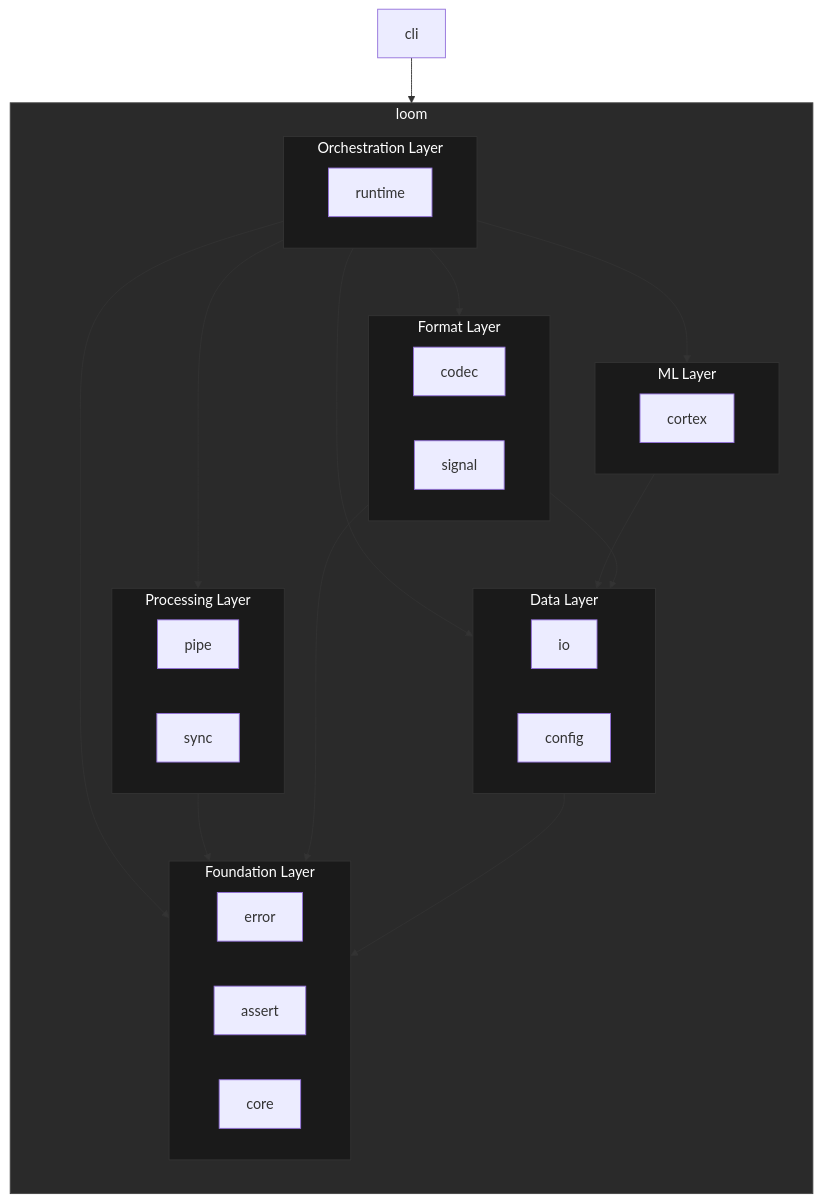
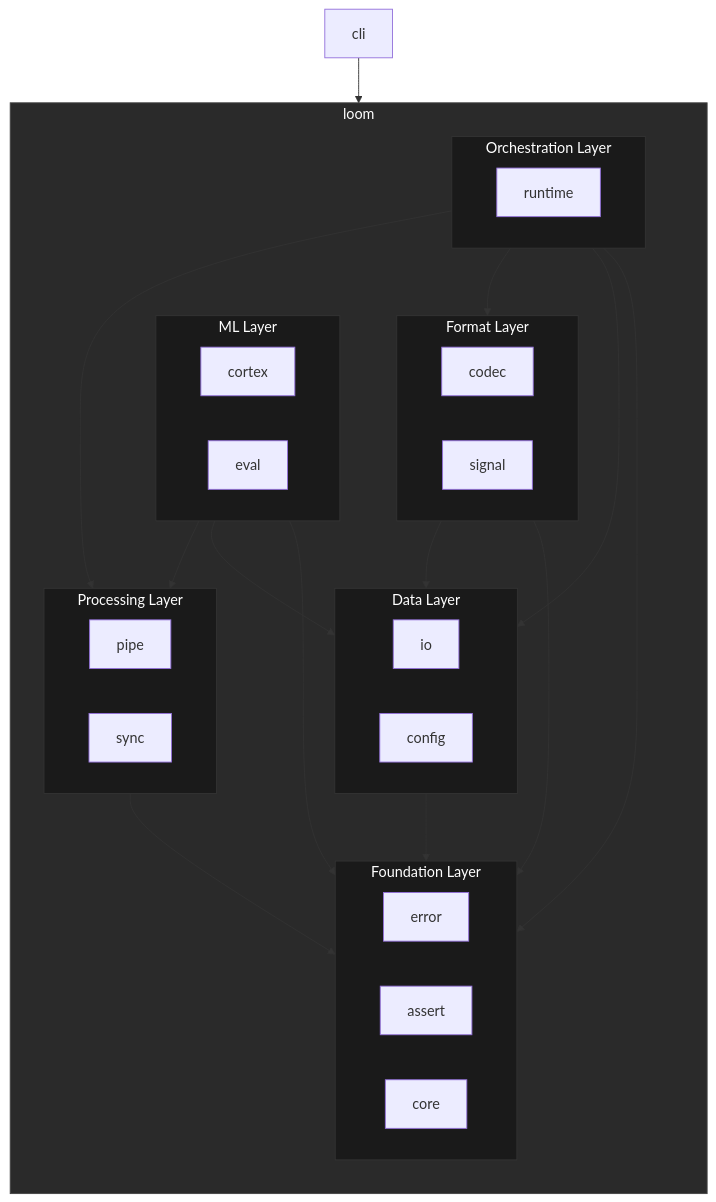
One commit to aacebo/loom changed the diagram in libs/README.md. Above: the diagram before and after it, drawn with Mermaid. The commit also changed other lines of this file and 66 other files, not shown here.

````diff
--- a/libs/README.md
+++ b/libs/README.md
@@ -7,74 +7,77 @@
 ```mermaid
 flowchart TB
     cli["cli"]
 
     subgraph loom["loom"]
         direction TB
 
         subgraph Orchestration["Orchestration Layer"]
             runtime["runtime"]
         end
 
         subgraph ML["ML Layer"]
             cortex["cortex"]
+            eval["eval"]
         end
 
         subgraph Processing["Processing Layer"]
             pipe["pipe"]
             sync["sync"]
         end
 
         subgraph Format["Format Layer"]
             codec["codec"]
             signal["signal"]
         end
 
         subgraph Data["Data Layer"]
             io["io"]
             config["config"]
         end
 
         subgraph Foundation["Foundation Layer"]
             error["error"]
             assert["assert"]
             core["core"]
         end
     end
 
     %% Layer Dependencies
     cli --> loom
-    Orchestration --> ML
     Orchestration --> Processing
     Orchestration --> Format
     Orchestration --> Data
     Orchestration --> Foundation
+    ML --> Processing
     ML --> Data
+    ML --> Foundation
     Processing --> Foundation
     Format --> Data
     Format --> Foundation
     Data --> Foundation
 
     %% Links
     click cli "https://github.com/aacebo/loom/blob/main/libs/loom-cli/README.md" _blank
     click runtime "https://github.com/aacebo/loom/blob/main/libs/loom-runtime/README.md" _blank
     click cortex "https://github.com/aacebo/loom/blob/main/libs/loom-cortex/README.md" _blank
+    click eval "https://github.com/aacebo/loom/blob/main/libs/loom-eval/README.md" _blank
     click pipe "https://github.com/aacebo/loom/blob/main/libs/loom-pipe/README.md" _blank
     click sync "https://github.com/aacebo/loom/blob/main/libs/loom-sync/README.md" _blank
     click codec "https://github.com/aacebo/loom/blob/main/libs/loom-codec/README.md" _blank
     click signal "https://github.com/aacebo/loom/blob/main/libs/loom-signal/README.md" _blank
     click io "https://github.com/aacebo/loom/blob/main/libs/loom-io/README.md" _blank
     click config "https://github.com/aacebo/loom/blob/main/libs/loom-config/README.md" _blank
     click error "https://github.com/aacebo/loom/blob/main/libs/loom-error/README.md" _blank
     click assert "https://github.com/aacebo/loom/blob/main/libs/loom-assert/README.md" _blank
     click core "https://github.com/aacebo/loom/blob/main/libs/loom-core/README.md" _blank
     click loom "https://github.com/aacebo/loom/blob/main/libs/loom/README.md" _blank
 
     %% Styles
     style loom fill:#2a2a2a,stroke:#444,color:#fff
     style Orchestration fill:#1a1a1a,stroke:#333,color:#fff
     style ML fill:#1a1a1a,stroke:#333,color:#fff
     style Processing fill:#1a1a1a,stroke:#333,color:#fff
     style Format fill:#1a1a1a,stroke:#333,color:#fff
     style Data fill:#1a1a1a,stroke:#333,color:#fff
     style Foundation fill:#1a1a1a,stroke:#333,color:#fff
 ```
````
